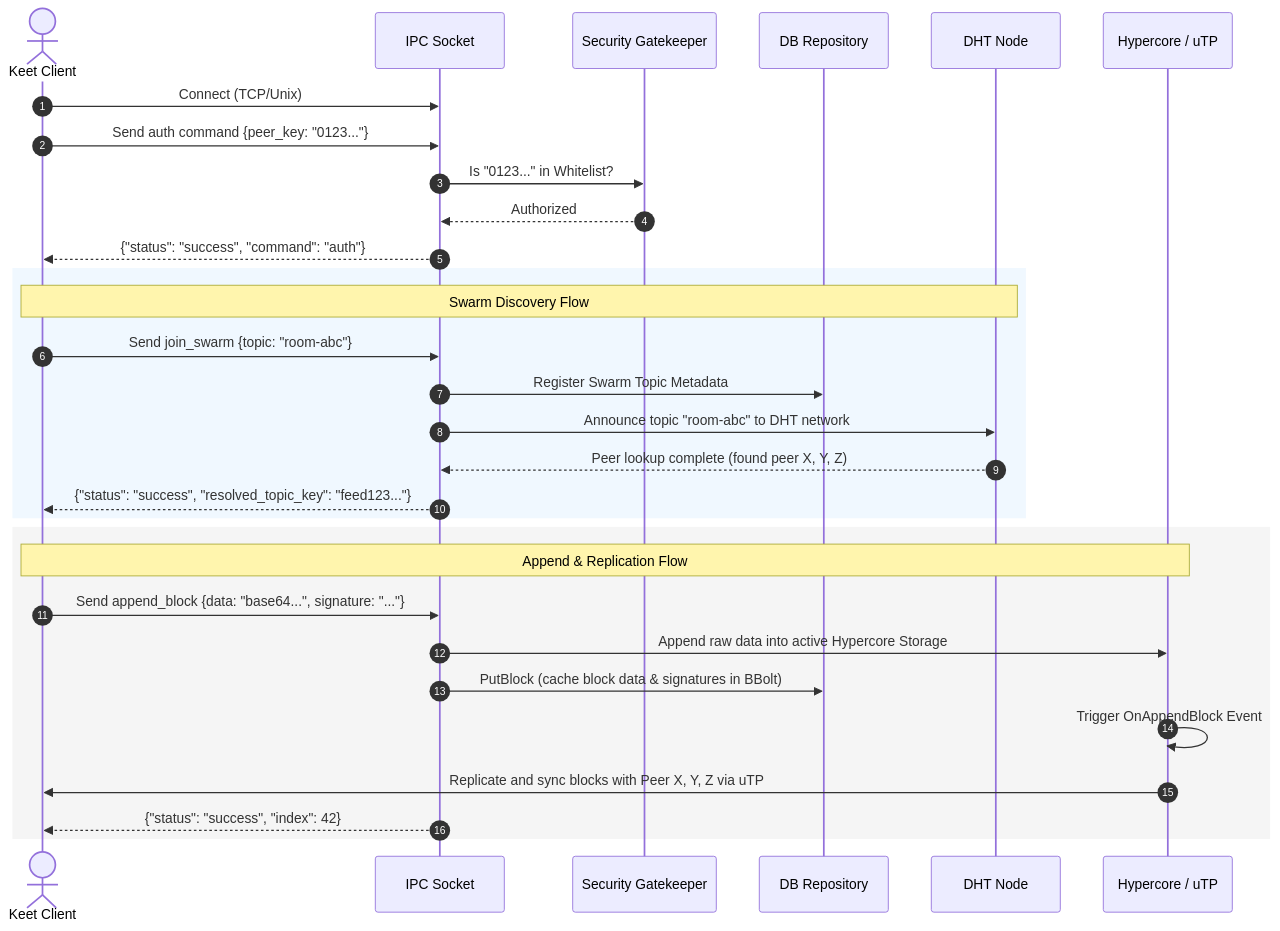
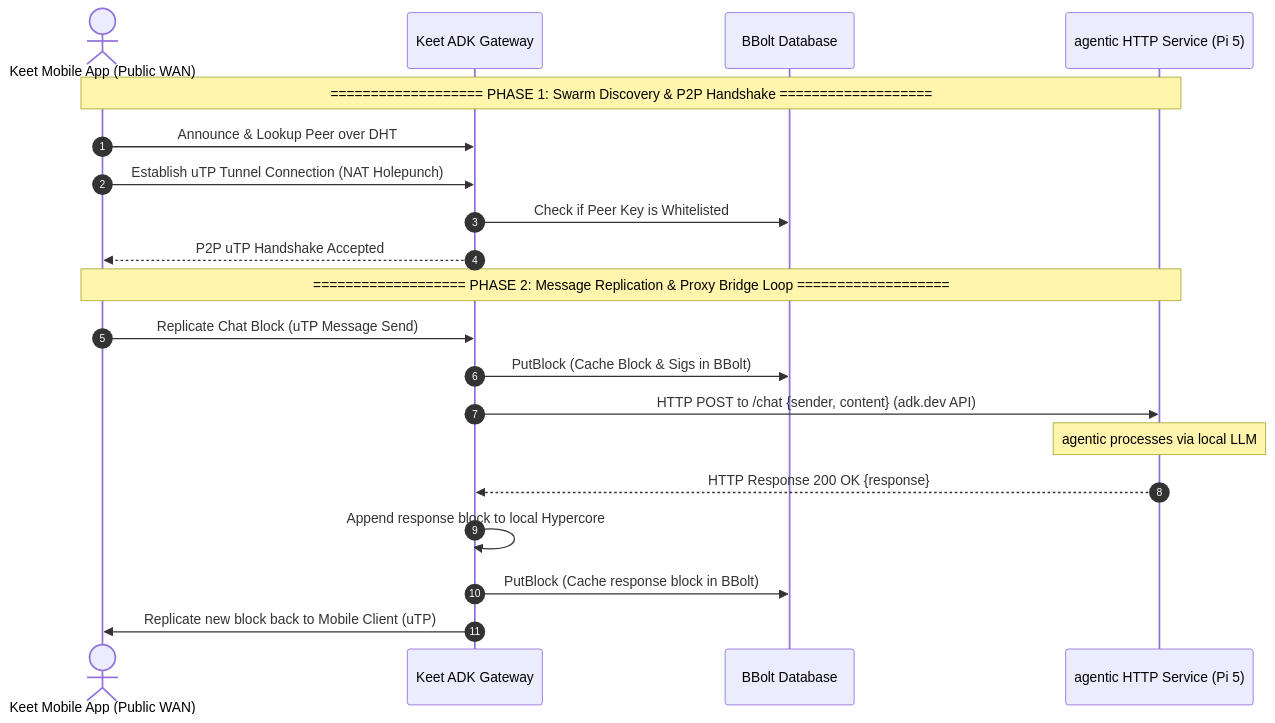
One commit to innomon/keet-agent changed the second of 2 diagrams in docs/ARCHITECTURE.md. Above: the diagram before and after it, drawn with Mermaid. The commit also changed other lines of this file, not shown here.

````diff
--- a/docs/ARCHITECTURE.md
+++ b/docs/ARCHITECTURE.md
@@ -85,35 +83,24 @@
 ```mermaid
 sequenceDiagram
     autonumber
-    actor Client as Keet Client
-    participant IPC as IPC Socket
-    participant SEC as Security Gatekeeper
-    participant DB as DB Repository
-    participant DHT as DHT Node
-    participant HC as Hypercore / uTP
+    actor Phone as Keet Mobile App (Public WAN)
+    participant GW as Keet ADK Gateway
+    participant DB as BBolt Database
+    participant AGT as agentic HTTP Service (Pi 5)
 
-    Client->>IPC: Connect (TCP/Unix)
-    Client->>IPC: Send auth command {peer_key: "0123..."}
-    IPC->>SEC: Is "0123..." in Whitelist?
-    SEC-->>IPC: Authorized
-    IPC-->>Client: {"status": "success", "command": "auth"}
+    Note over Phone, AGT: =================== PHASE 1: Swarm Discovery & P2P Handshake ===================
+    Phone->>GW: Announce & Lookup Peer over DHT
+    Phone->>GW: Establish uTP Tunnel Connection (NAT Holepunch)
+    GW->>DB: Check if Peer Key is Whitelisted
+    GW-->>Phone: P2P uTP Handshake Accepted
 
-    rect rgb(240, 248, 255)
-        Note over Client, DHT: Swarm Discovery Flow
-        Client->>IPC: Send join_swarm {topic: "room-abc"}
-        IPC->>DB: Register Swarm Topic Metadata
-        IPC->>DHT: Announce topic "room-abc" to DHT network
-        DHT-->>IPC: Peer lookup complete (found peer X, Y, Z)
-        IPC-->>Client: {"status": "success", "resolved_topic_key": "feed123..."}
-    end
-
-    rect rgb(245, 245, 245)
-        Note over Client, HC: Append & Replication Flow
-        Client->>IPC: Send append_block {data: "base64...", signature: "..."}
-        IPC->>HC: Append raw data into active Hypercore Storage
-        IPC->>DB: PutBlock (cache block data & signatures in BBolt)
-        HC->>HC: Trigger OnAppendBlock Event
-        HC->>Client: Replicate and sync blocks with Peer X, Y, Z via uTP
-        IPC-->>Client: {"status": "success", "index": 42}
-    end
+    Note over Phone, AGT: =================== PHASE 2: Message Replication & Proxy Bridge Loop ===================
+    Phone->>GW: Replicate Chat Block (uTP Message Send)
+    GW->>DB: PutBlock (Cache Block & Sigs in BBolt)
+    GW->>AGT: HTTP POST to /chat {sender, content} (adk.dev API)
+    Note over AGT: agentic processes via local LLM
+    AGT-->>GW: HTTP Response 200 OK {response}
+    GW->>GW: Append response block to local Hypercore
+    GW->>DB: PutBlock (Cache response block in BBolt)
+    GW->>Phone: Replicate new block back to Mobile Client (uTP)
 ```
````
